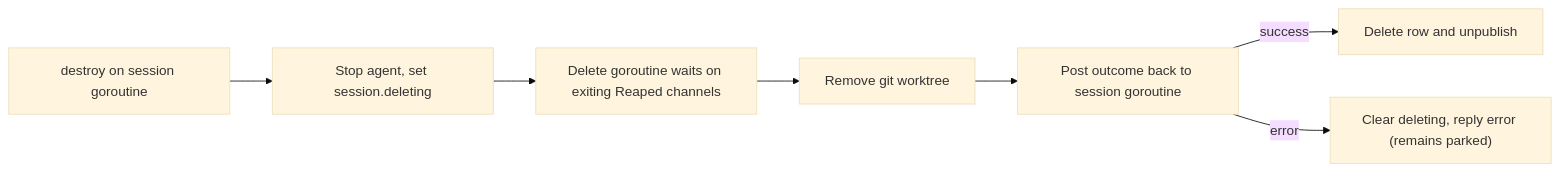
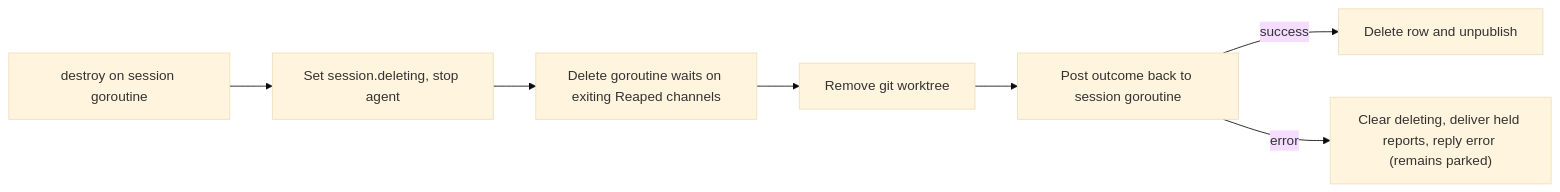
One commit to kkestell/ox changed the fourth of 5 diagrams in docs/architecture.md. Above: the diagram before and after it, drawn with Mermaid (base theme). The commit also changed other lines of this file and 6 other files, not shown here.

First line of the commit message:
Keep session reports when a worktree delete is refused (#192)

````diff
--- a/docs/architecture.md
+++ b/docs/architecture.md
@@ -299,14 +302,14 @@
 ```mermaid
 flowchart LR
   destroy["destroy on session goroutine"]
-  stop["Stop agent, set session.deleting"]
+  stop["Set session.deleting, stop agent"]
   wait["Delete goroutine waits on exiting Reaped channels"]
   gitrm["Remove git worktree"]
   done["Post outcome back to session goroutine"]
   ok["Delete row and unpublish"]
-  fail["Clear deleting, reply error (remains parked)"]
+  fail["Clear deleting, deliver held reports, reply error (remains parked)"]
 
   destroy --> stop --> wait --> gitrm --> done
   done -- "success" --> ok
   done -- "error" --> fail
 ```
````
